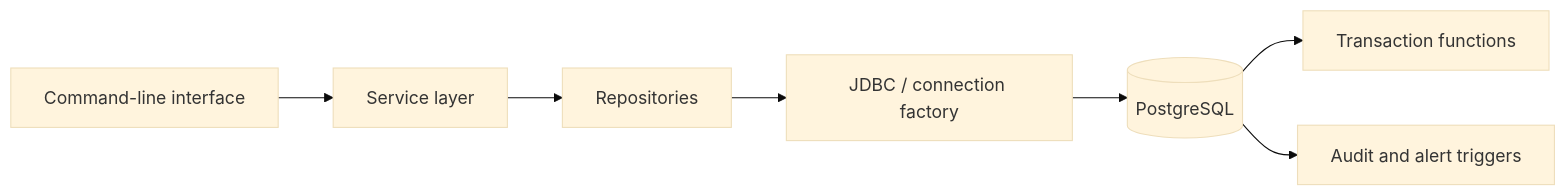
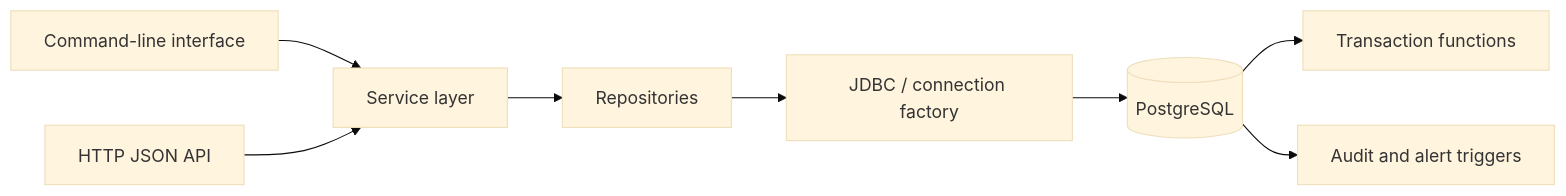
Before and after one commit to kshres31/intelligent-inventory-management-system: the diagram in docs/architecture.md, drawn with Mermaid (base theme). The commit also changed other lines of this file and 16 other files, not shown here.

First line of the commit message:
feat: expose inventory workflows through a JSON HTTP API

````diff
--- a/docs/architecture.md
+++ b/docs/architecture.md
@@ -7,9 +7,10 @@
 ```mermaid
 flowchart LR
     CLI[Command-line interface] --> Service[Service layer]
+    API[HTTP JSON API] --> Service
     Service --> Repo[Repositories]
     Repo --> JDBC[JDBC / connection factory]
     JDBC --> PG[(PostgreSQL)]
     PG --> Functions[Transaction functions]
     PG --> Triggers[Audit and alert triggers]
 ```
````
